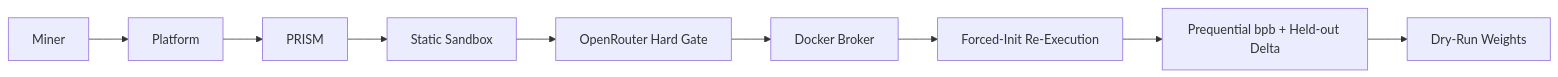
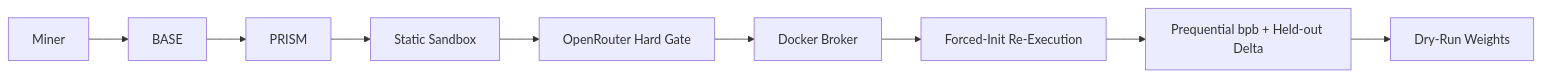
Before and after one commit to PlatformNetwork/prism: the first of 2 diagrams in README.md, drawn with Mermaid. The commit also changed other lines of this file and 51 other files, not shown here.

First line of the commit message:
feat(brand): rename Platform Network to BASE across prism

````diff
--- a/README.md
+++ b/README.md
@@ -94,11 +94,11 @@
 ```mermaid
 flowchart LR
-    Miner[Miner] --> Platform[Platform]
-    Platform --> Prism[PRISM]
+    Miner[Miner] --> Base[BASE]
+    Base --> Prism[PRISM]
     Prism --> Static[Static Sandbox]
     Static --> LLM[OpenRouter Hard Gate]
     LLM --> Broker[Docker Broker]
     Broker --> Reexec[Forced-Init Re-Execution]
     Reexec --> Score[Prequential bpb + Held-out Delta]
     Score --> Weights[Dry-Run Weights]
 ```
````
